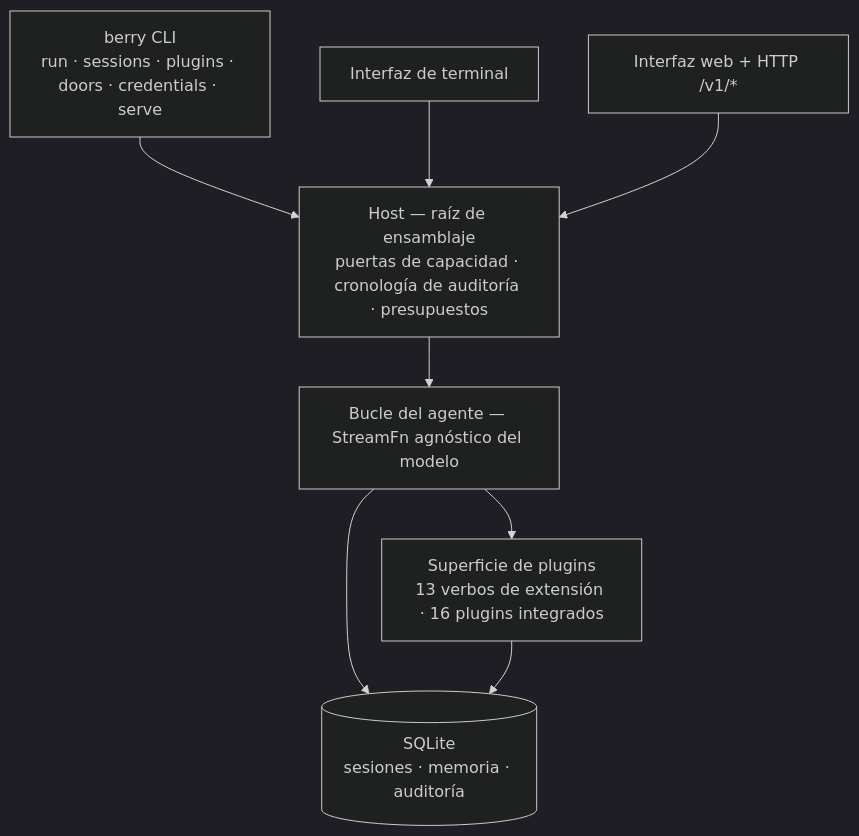
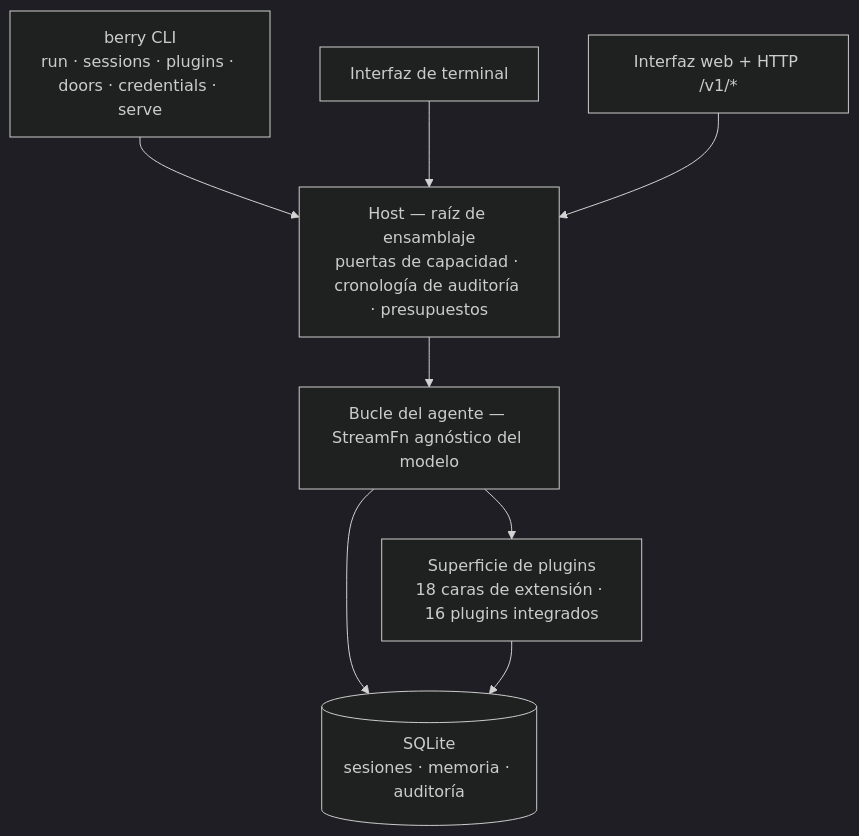
The diagram in README.es.md (miuiadmin/berry-agent), drawn with Mermaid (dark theme) before and after one commit. The commit also changed 10 other files, not shown here.

First line of the commit message:
fix(docs): ctx 能力面表补交互/压缩策略两行 + check 半装配标注 + 六语 mermaid 18 扩展面 + 知识域死指全清（doc-1/2/4 + eng-1②/eng-4 + rl-1/rl-2）

````diff
--- a/README.es.md
+++ b/README.es.md
@@ -135,17 +135,17 @@
 ```mermaid
 graph TD
     CLI["berry CLI<br/>run · sessions · plugins · doors · credentials · serve"]
     TUI["Interfaz de terminal"]
     WEB["Interfaz web + HTTP /v1/*"]
     HOST["Host — raíz de ensamblaje<br/>puertas de capacidad · cronología de auditoría · presupuestos"]
     LOOP["Bucle del agente — StreamFn agnóstico del modelo"]
-    PLUGINS["Superficie de plugins<br/>13 verbos de extensión · 16 plugins integrados"]
+    PLUGINS["Superficie de plugins<br/>18 caras de extensión · 16 plugins integrados"]
     STORE[("SQLite<br/>sesiones · memoria · auditoría")]
     CLI --> HOST
     TUI --> HOST
     WEB --> HOST
     HOST --> LOOP
     LOOP --> PLUGINS
     LOOP --> STORE
     PLUGINS --> STORE
 ```
````
